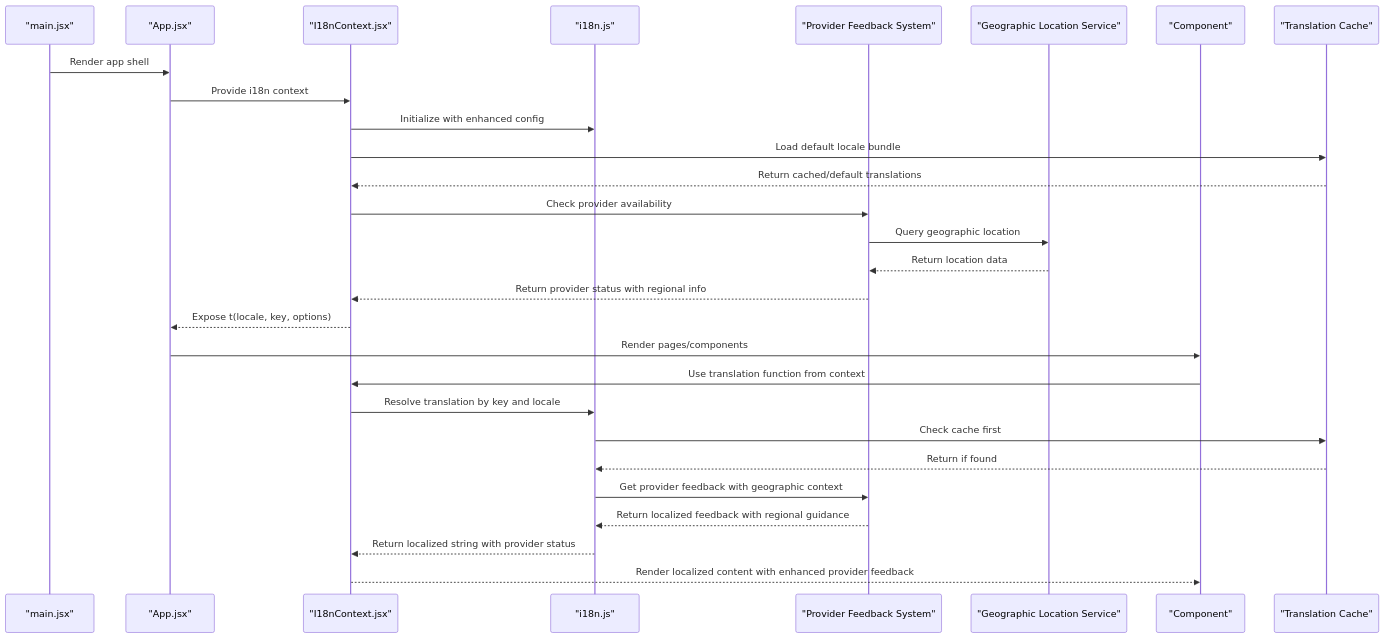
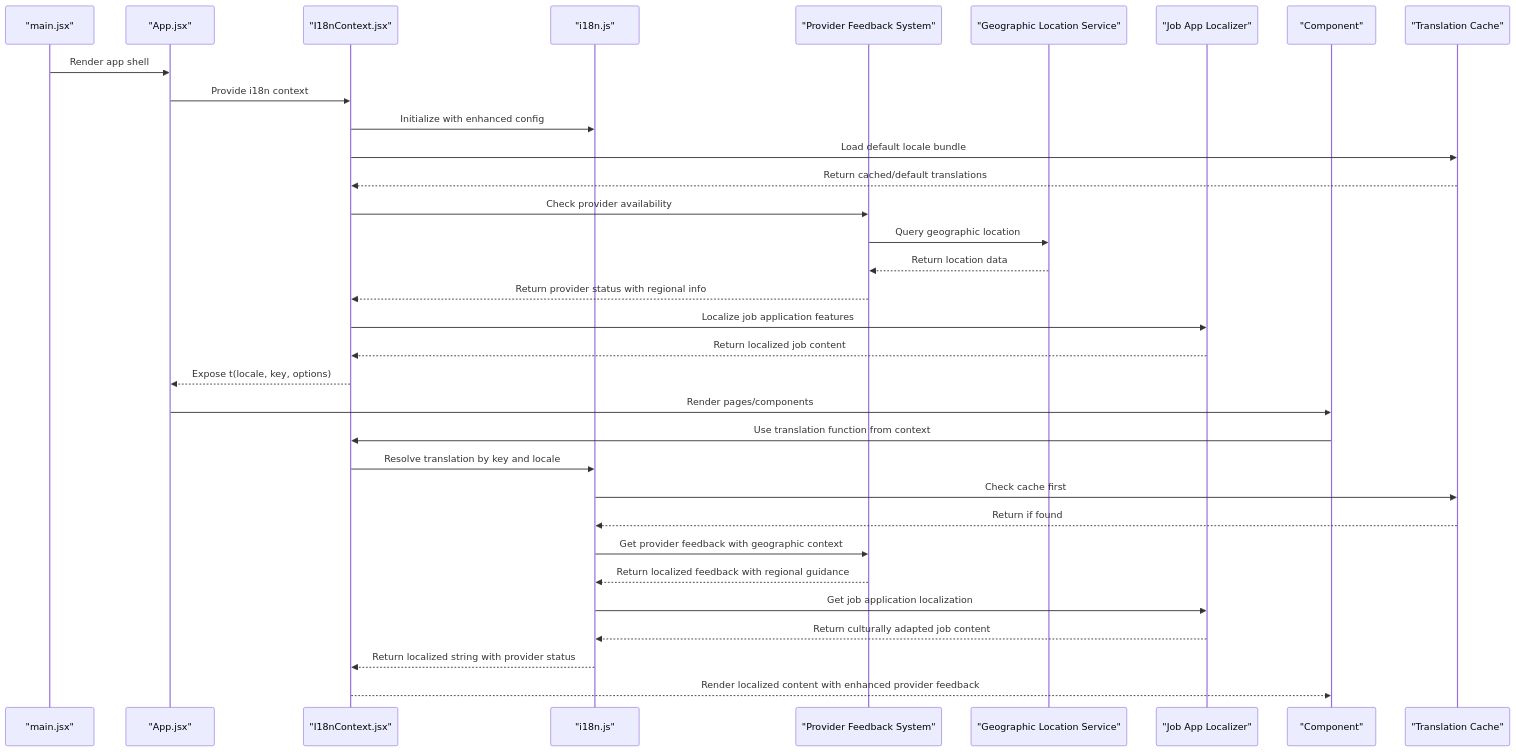
One commit to zmyeo54/briefroom changed the second of 5 diagrams in .qoder/repowiki/en/content/Utility Libraries/Internationalization (i18n).md. Above: the diagram before and after it, drawn with Mermaid. The commit also changed other lines of this file and 16 other files, not shown here.

````diff
--- a/.qoder/repowiki/en/content/Utility Libraries/Internationalization (i18n).md
+++ b/.qoder/repowiki/en/content/Utility Libraries/Internationalization (i18n).md
@@ -122,30 +126,35 @@
 ```mermaid
 sequenceDiagram
 participant M as "main.jsx"
 participant A as "App.jsx"
 participant P as "I18nContext.jsx"
 participant L as "i18n.js"
 participant PF as "Provider Feedback System"
 participant G as "Geographic Location Service"
+participant J as "Job App Localizer"
 participant C as "Component"
 participant Cache as "Translation Cache"
 M->>A : Render app shell
 A->>P : Provide i18n context
 P->>L : Initialize with enhanced config
 P->>Cache : Load default locale bundle
 Cache-->>P : Return cached/default translations
 P->>PF : Check provider availability
 PF->>G : Query geographic location
 G-->>PF : Return location data
 PF-->>P : Return provider status with regional info
+P->>J : Localize job application features
+J-->>P : Return localized job content
 P-->>A : Expose t(locale, key, options)
 A->>C : Render pages/components
 C->>P : Use translation function from context
 P->>L : Resolve translation by key and locale
 L->>Cache : Check cache first
 Cache-->>L : Return if found
 L->>PF : Get provider feedback with geographic context
 PF-->>L : Return localized feedback with regional guidance
+L->>J : Get job application localization
+J-->>L : Return culturally adapted job content
 L-->>P : Return localized string with provider status
 P-->>C : Render localized content with enhanced provider feedback
 ```
````
